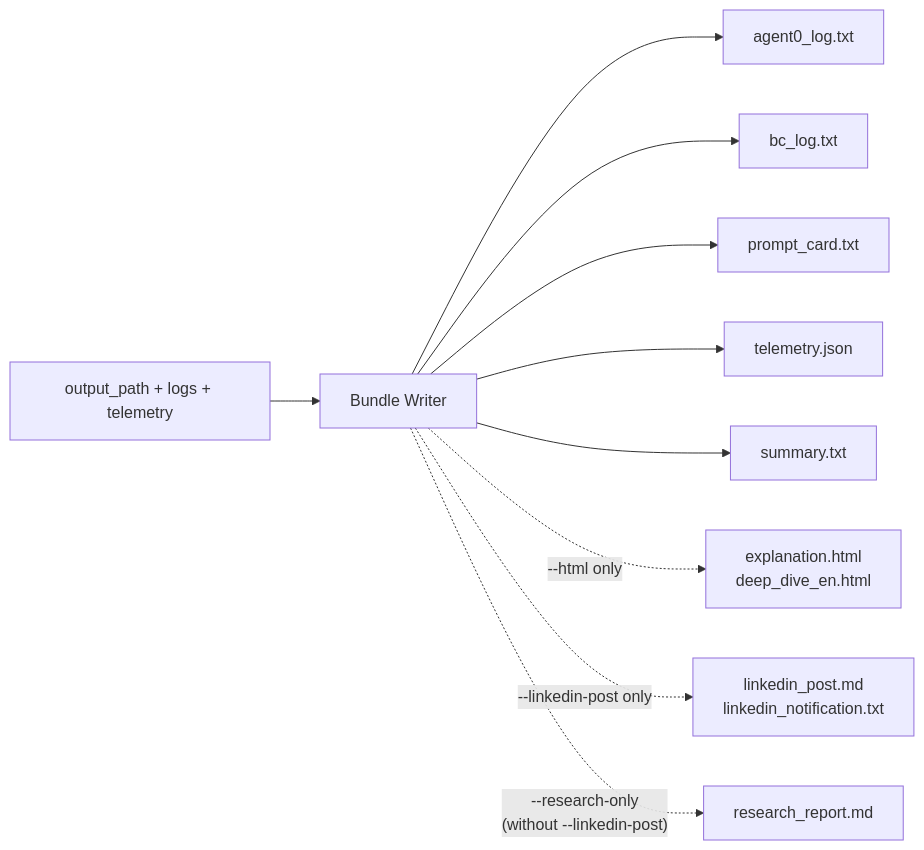
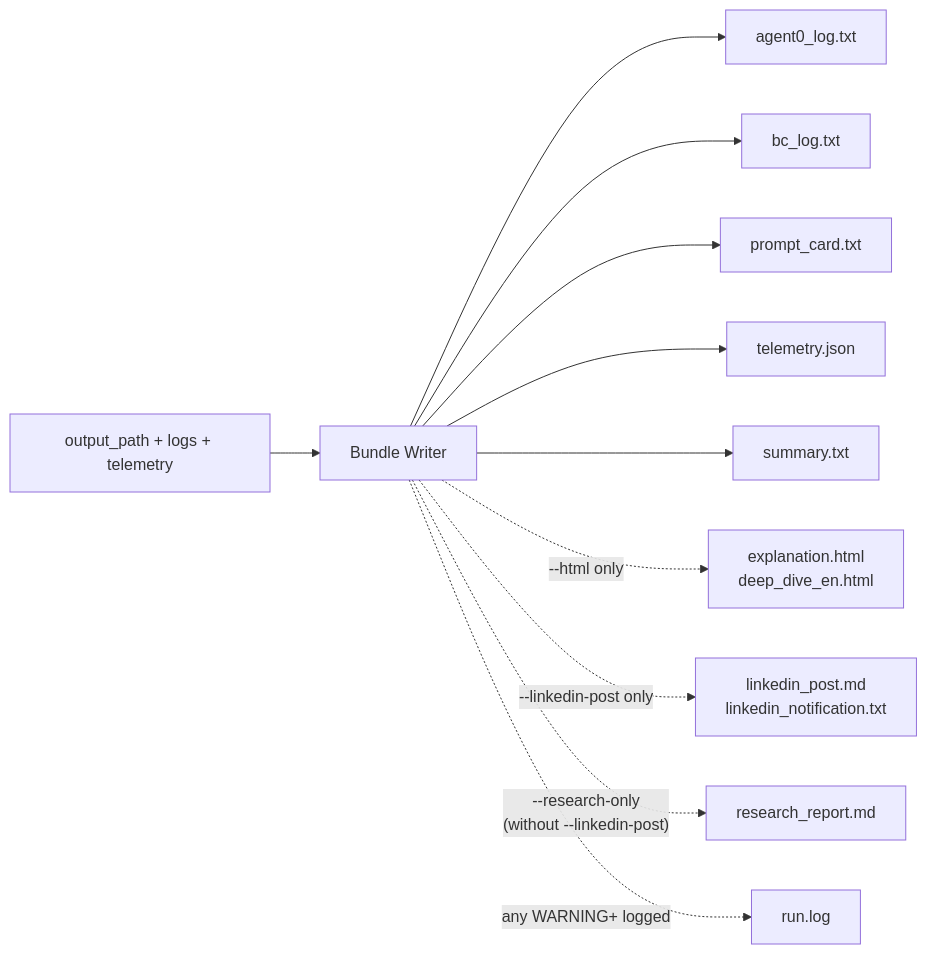
The tenth of 10 diagrams in docs/architecture.md (josemrsantos/gata), drawn with Mermaid before and after one commit. The commit also changed other lines of this file and 16 other files, not shown here.

````diff
--- a/docs/architecture.md
+++ b/docs/architecture.md
@@ -820,19 +820,21 @@
 ```mermaid
 flowchart LR
     IN["output_path + logs + telemetry"]
     BW["Bundle Writer"]
     F2["agent0_log.txt"]
     F3["bc_log.txt"]
     F4["prompt_card.txt"]
     F5["telemetry.json"]
     F6["summary.txt"]
     FH["explanation.html\ndeep_dive_en.html"]
     FL["linkedin_post.md\nlinkedin_notification.txt"]
     FR["research_report.md"]
+    FW["run.log"]
 
     IN --> BW
     BW --> F2 & F3 & F4 & F5 & F6
     BW -.->|"--html only"| FH
     BW -.->|"--linkedin-post only"| FL
     BW -.->|"--research-only\n(without --linkedin-post)"| FR
+    BW -.->|"any WARNING+ logged"| FW
 ```
````
